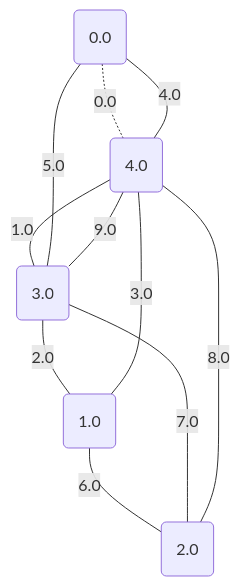
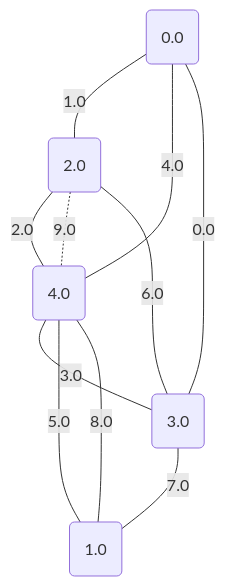
Diagram 12 of 17 in project/src/testing/minCutPetersen.md (metury/graphs), drawn with Mermaid before and after one commit. The commit also changed other lines of this file and 50 other files, not shown here.

````diff
--- a/project/src/testing/minCutPetersen.md
+++ b/project/src/testing/minCutPetersen.md
@@ -314,18 +314,18 @@
 ```mermaid
 graph TD;
 0("0.0");
 1("1.0");
 2("2.0");
 3("3.0");
 4("4.0");
-	0 -. "0.0" -.- 4;
-	4 -- "1.0" --- 3;
-	3 -- "2.0" --- 1;
-	1 -- "3.0" --- 4;
-	4 -- "4.0" --- 0;
-	0 -- "5.0" --- 3;
-	1 -- "6.0" --- 2;
-	3 -- "7.0" --- 2;
-	4 -- "8.0" --- 2;
-	3 -- "9.0" --- 4;
+	3 -- "0.0" --- 0;
+	0 -- "1.0" --- 2;
+	2 -- "2.0" --- 4;
+	4 -- "3.0" --- 3;
+	0 -- "4.0" --- 4;
+	4 -- "5.0" --- 1;
+	3 -- "6.0" --- 2;
+	3 -- "7.0" --- 1;
+	4 -- "8.0" --- 1;
+	2 -. "9.0" -.- 4;
 ```
````
